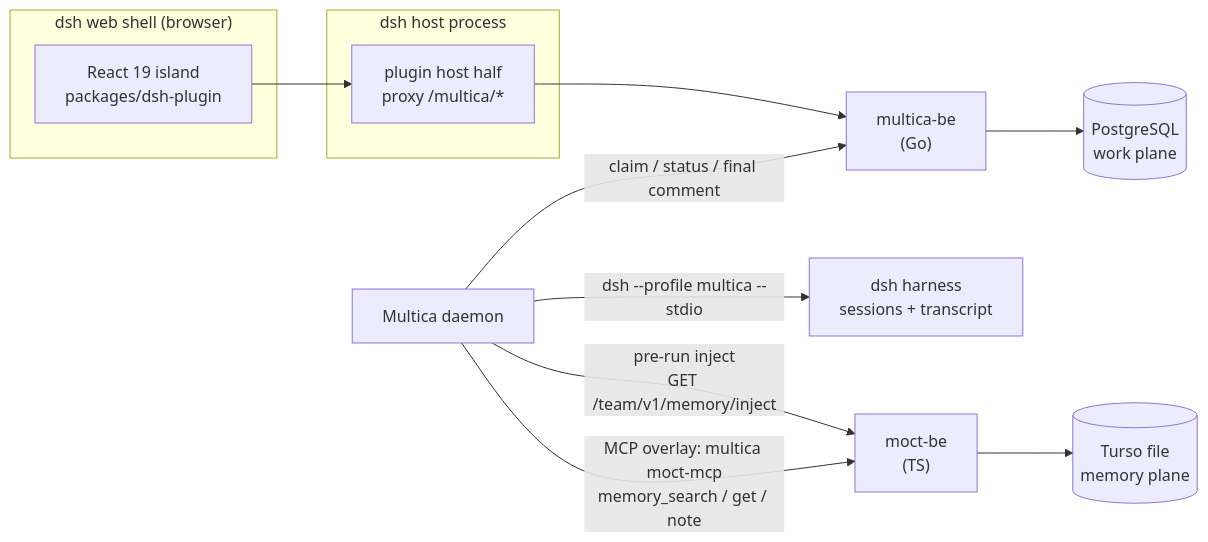
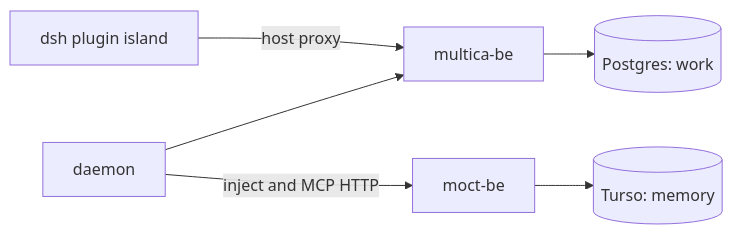
Before and after one commit to ddvnguyen/multica-x: the diagram in docs/moct-x/architecture.md, drawn with Mermaid. The commit also changed other lines of this file and 7 other files, not shown here.

````diff
--- a/docs/moct-x/architecture.md
+++ b/docs/moct-x/architecture.md
@@ -31,16 +11,8 @@
 ```mermaid
 flowchart LR
-  subgraph browser["dsh web shell (browser)"]
-    IS["React 19 island<br/>packages/dsh-plugin"]
-  end
-  subgraph host["dsh host process"]
-    PP["plugin host half<br/>proxy /multica/*"]
-  end
-  MB["multica-be<br/>(Go)"] --> PG[("PostgreSQL<br/>work plane")]
-  D["Multica daemon"] -->|"claim / status / final comment"| MB
-  D -->|"dsh --profile multica --stdio"| HB["dsh harness<br/>sessions + transcript"]
-  D -->|"pre-run inject<br/>GET /team/v1/memory/inject"| MO["moct-be<br/>(TS)"]
-  D -->|"MCP overlay: multica moct-mcp<br/>memory_search / get / note"| MO
-  MO --> T[("Turso file<br/>memory plane")]
-  IS --> PP --> MB
+  UI["dsh plugin island"] -->|"host proxy"| BE["multica-be"]
+  BE --> PG[("Postgres: work")]
+  DA["daemon"] --> BE
+  DA -->|"inject and MCP HTTP"| MO["moct-be"]
+  MO --> DB[("Turso: memory")]
 ```
````
